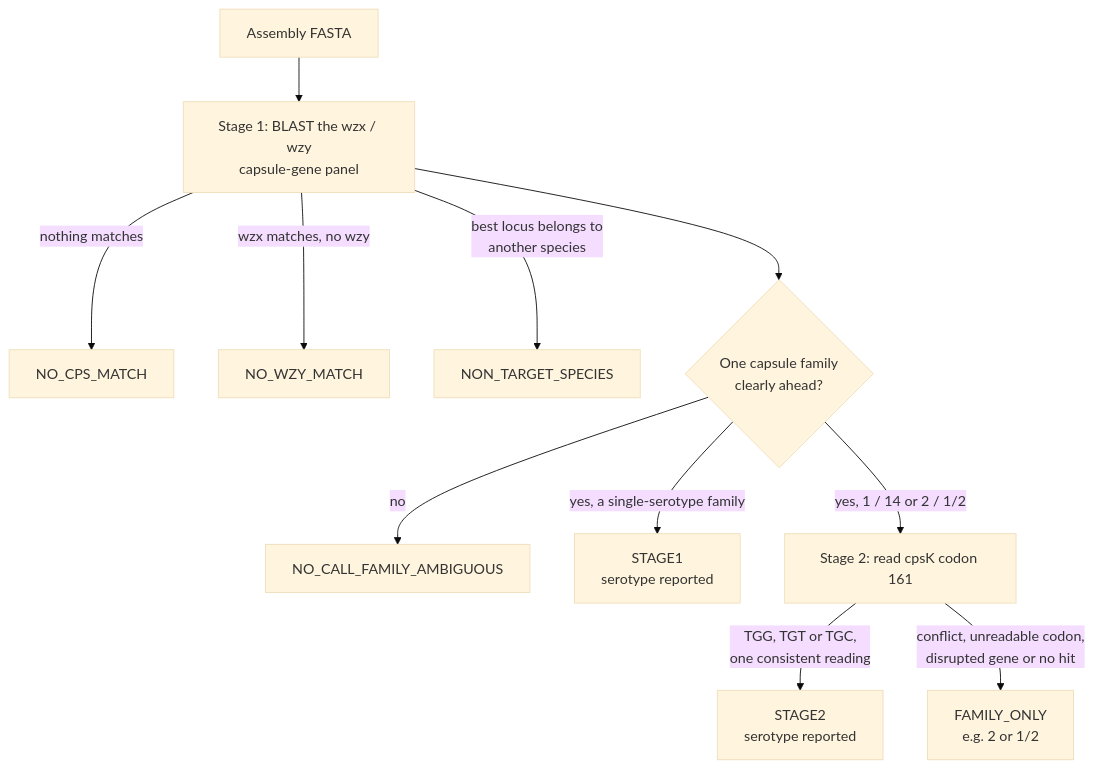
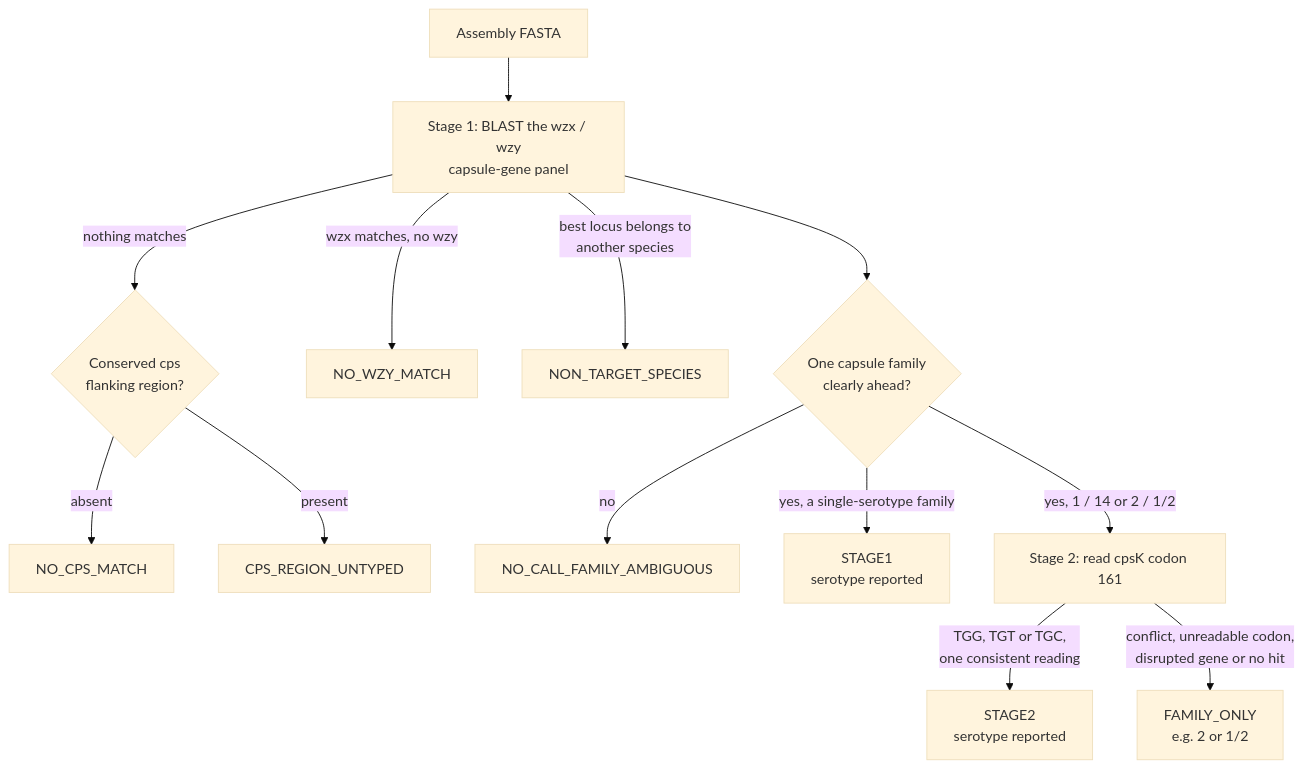
Before and after one commit to Jacques-does-science/swineotype: the diagram in README.md, drawn with Mermaid (base theme). The commit also changed other lines of this file and 7 other files, not shown here.

````diff
--- a/README.md
+++ b/README.md
@@ -198,13 +198,15 @@
 ```mermaid
 flowchart TD
     A[Assembly FASTA] --> B[Stage 1: BLAST the wzx / wzy<br/>capsule-gene panel]
-    B -->|nothing matches| R1[NO_CPS_MATCH]
+    B -->|nothing matches| F{Conserved cps<br/>flanking region?}
+    F -->|absent| R1[NO_CPS_MATCH]
+    F -->|present| R1b[CPS_REGION_UNTYPED]
     B -->|wzx matches, no wzy| R2[NO_WZY_MATCH]
     B -->|best locus belongs to<br/>another species| R3[NON_TARGET_SPECIES]
     B --> C{One capsule family<br/>clearly ahead?}
     C -->|no| R4[NO_CALL_FAMILY_AMBIGUOUS]
     C -->|yes, a single-serotype family| R5[STAGE1<br/>serotype reported]
     C -->|yes, 1 / 14 or 2 / 1/2| D[Stage 2: read cpsK codon 161]
     D -->|TGG, TGT or TGC,<br/>one consistent reading| R6[STAGE2<br/>serotype reported]
     D -->|conflict, unreadable codon,<br/>disrupted gene or no hit| R7[FAMILY_ONLY<br/>e.g. 2 or 1/2]
 ```
````
